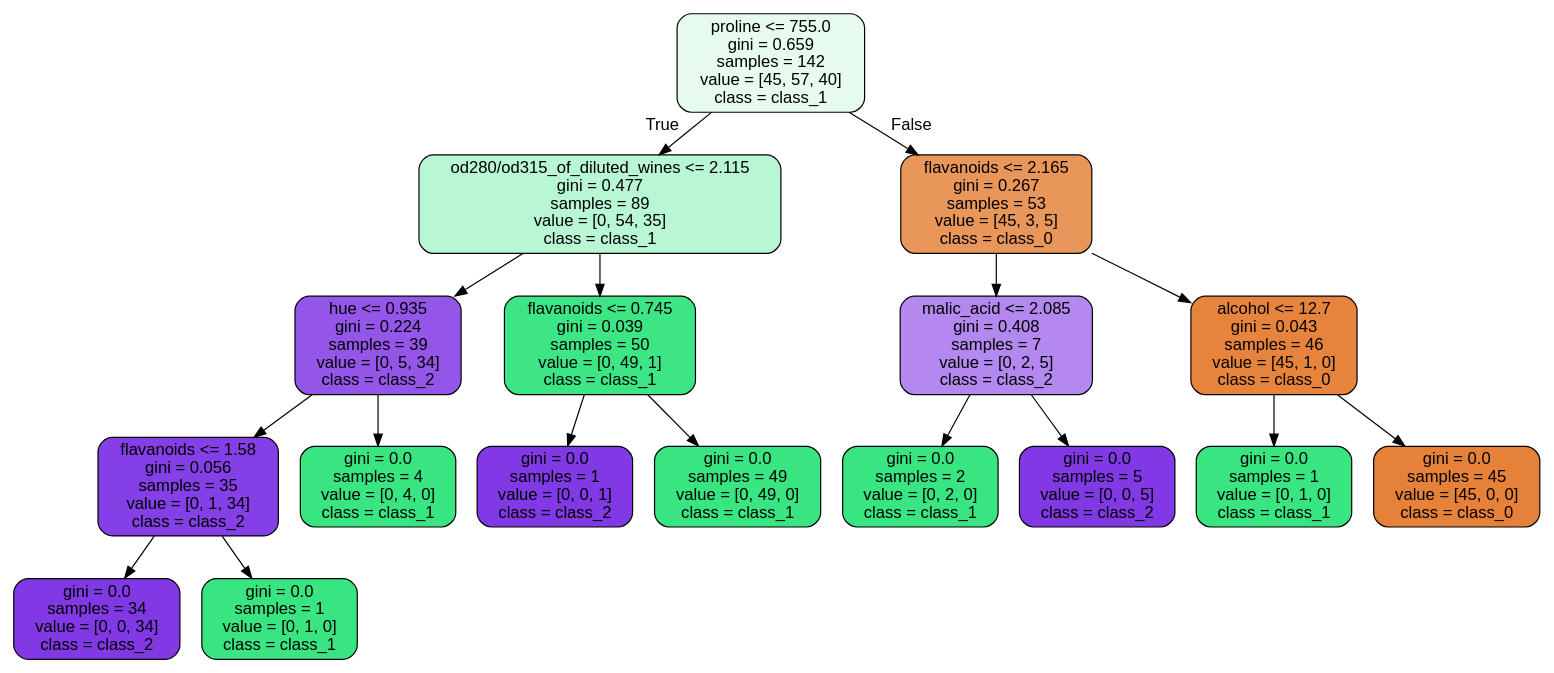
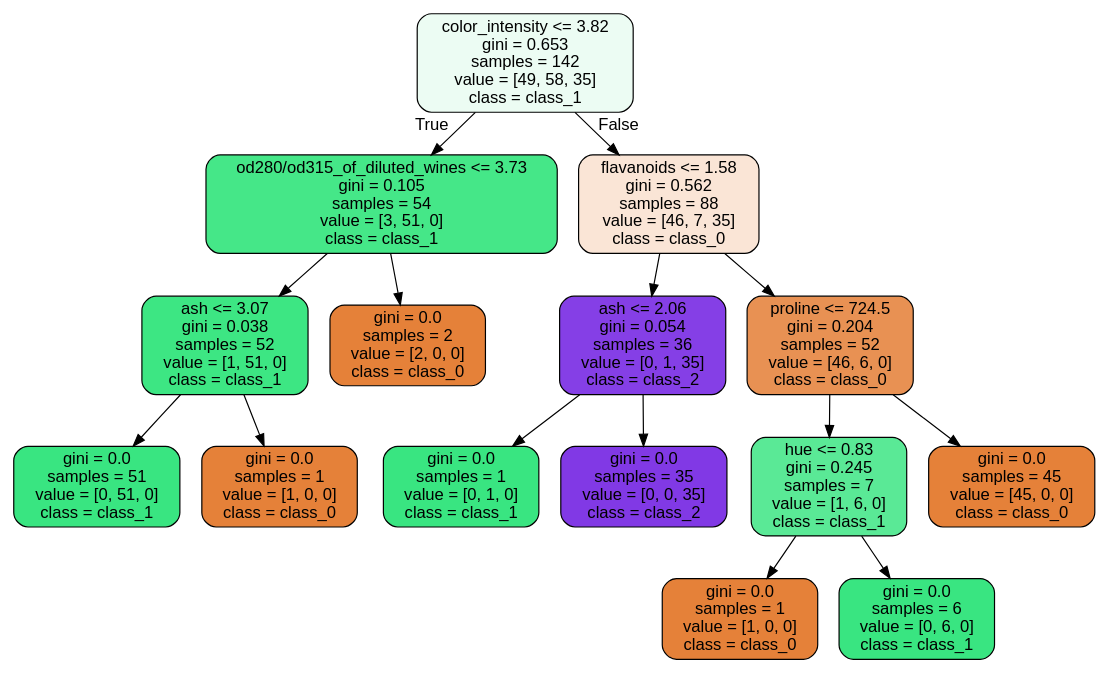
One commit to JoseDeJesusMendozaBecerril/Practica4_MineriaDeDatos changed the diagram in images/decision_trees/wine_tree_train.dot. Above: the diagram before and after it, drawn with Graphviz. The commit also changed 8 other files, not shown here.

```diff
--- a/images/decision_trees/wine_tree_train.dot
+++ b/images/decision_trees/wine_tree_train.dot
@@ -1,37 +1,33 @@
 digraph Tree {
 node [shape=box, style="filled, rounded", color="black", fontname=helvetica] ;
 edge [fontname=helvetica] ;
-0 [label="proline <= 755.0\ngini = 0.659\nsamples = 142\nvalue = [45, 57, 40]\nclass = class_1", fillcolor="#e7fcef"] ;
-1 [label="od280/od315_of_diluted_wines <= 2.115\ngini = 0.477\nsamples = 89\nvalue = [0, 54, 35]\nclass = class_1", fillcolor="#b9f6d3"] ;
+0 [label="color_intensity <= 3.82\ngini = 0.653\nsamples = 142\nvalue = [49, 58, 35]\nclass = class_1", fillcolor="#ecfcf3"] ;
+1 [label="od280/od315_of_diluted_wines <= 3.73\ngini = 0.105\nsamples = 54\nvalue = [3, 51, 0]\nclass = class_1", fillcolor="#45e788"] ;
 0 -> 1 [labeldistance=2.5, labelangle=45, headlabel="True"] ;
-2 [label="hue <= 0.935\ngini = 0.224\nsamples = 39\nvalue = [0, 5, 34]\nclass = class_2", fillcolor="#9456e9"] ;
+2 [label="ash <= 3.07\ngini = 0.038\nsamples = 52\nvalue = [1, 51, 0]\nclass = class_1", fillcolor="#3de683"] ;
 1 -> 2 ;
-3 [label="flavanoids <= 1.58\ngini = 0.056\nsamples = 35\nvalue = [0, 1, 34]\nclass = class_2", fillcolor="#853fe6"] ;
+3 [label="gini = 0.0\nsamples = 51\nvalue = [0, 51, 0]\nclass = class_1", fillcolor="#39e581"] ;
 2 -> 3 ;
-4 [label="gini = 0.0\nsamples = 34\nvalue = [0, 0, 34]\nclass = class_2", fillcolor="#8139e5"] ;
-3 -> 4 ;
-5 [label="gini = 0.0\nsamples = 1\nvalue = [0, 1, 0]\nclass = class_1", fillcolor="#39e581"] ;
-3 -> 5 ;
-6 [label="gini = 0.0\nsamples = 4\nvalue = [0, 4, 0]\nclass = class_1", fillcolor="#39e581"] ;
-2 -> 6 ;
-7 [label="flavanoids <= 0.745\ngini = 0.039\nsamples = 50\nvalue = [0, 49, 1]\nclass = class_1", fillcolor="#3de684"] ;
-1 -> 7 ;
-8 [label="gini = 0.0\nsamples = 1\nvalue = [0, 0, 1]\nclass = class_2", fillcolor="#8139e5"] ;
+4 [label="gini = 0.0\nsamples = 1\nvalue = [1, 0, 0]\nclass = class_0", fillcolor="#e58139"] ;
+2 -> 4 ;
+5 [label="gini = 0.0\nsamples = 2\nvalue = [2, 0, 0]\nclass = class_0", fillcolor="#e58139"] ;
+1 -> 5 ;
+6 [label="flavanoids <= 1.58\ngini = 0.562\nsamples = 88\nvalue = [46, 7, 35]\nclass = class_0", fillcolor="#fae5d6"] ;
+0 -> 6 [labeldistance=2.5, labelangle=-45, headlabel="False"] ;
+7 [label="ash <= 2.06\ngini = 0.054\nsamples = 36\nvalue = [0, 1, 35]\nclass = class_2", fillcolor="#853fe6"] ;
+6 -> 7 ;
+8 [label="gini = 0.0\nsamples = 1\nvalue = [0, 1, 0]\nclass = class_1", fillcolor="#39e581"] ;
 7 -> 8 ;
-9 [label="gini = 0.0\nsamples = 49\nvalue = [0, 49, 0]\nclass = class_1", fillcolor="#39e581"] ;
+9 [label="gini = 0.0\nsamples = 35\nvalue = [0, 0, 35]\nclass = class_2", fillcolor="#8139e5"] ;
 7 -> 9 ;
-10 [label="flavanoids <= 2.165\ngini = 0.267\nsamples = 53\nvalue = [45, 3, 5]\nclass = class_0", fillcolor="#e9965a"] ;
-0 -> 10 [labeldistance=2.5, labelangle=-45, headlabel="False"] ;
-11 [label="malic_acid <= 2.085\ngini = 0.408\nsamples = 7\nvalue = [0, 2, 5]\nclass = class_2", fillcolor="#b388ef"] ;
+10 [label="proline <= 724.5\ngini = 0.204\nsamples = 52\nvalue = [46, 6, 0]\nclass = class_0", fillcolor="#e89153"] ;
+6 -> 10 ;
+11 [label="hue <= 0.83\ngini = 0.245\nsamples = 7\nvalue = [1, 6, 0]\nclass = class_1", fillcolor="#5ae996"] ;
 10 -> 11 ;
-12 [label="gini = 0.0\nsamples = 2\nvalue = [0, 2, 0]\nclass = class_1", fillcolor="#39e581"] ;
+12 [label="gini = 0.0\nsamples = 1\nvalue = [1, 0, 0]\nclass = class_0", fillcolor="#e58139"] ;
 11 -> 12 ;
-13 [label="gini = 0.0\nsamples = 5\nvalue = [0, 0, 5]\nclass = class_2", fillcolor="#8139e5"] ;
+13 [label="gini = 0.0\nsamples = 6\nvalue = [0, 6, 0]\nclass = class_1", fillcolor="#39e581"] ;
 11 -> 13 ;
-14 [label="alcohol <= 12.7\ngini = 0.043\nsamples = 46\nvalue = [45, 1, 0]\nclass = class_0", fillcolor="#e6843d"] ;
+14 [label="gini = 0.0\nsamples = 45\nvalue = [45, 0, 0]\nclass = class_0", fillcolor="#e58139"] ;
 10 -> 14 ;
-15 [label="gini = 0.0\nsamples = 1\nvalue = [0, 1, 0]\nclass = class_1", fillcolor="#39e581"] ;
-14 -> 15 ;
-16 [label="gini = 0.0\nsamples = 45\nvalue = [45, 0, 0]\nclass = class_0", fillcolor="#e58139"] ;
-14 -> 16 ;
 }
```
